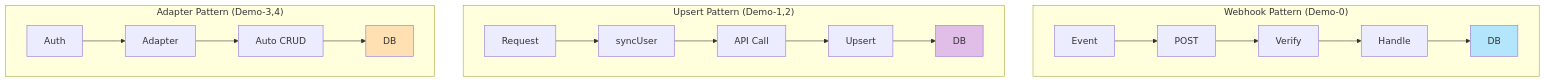
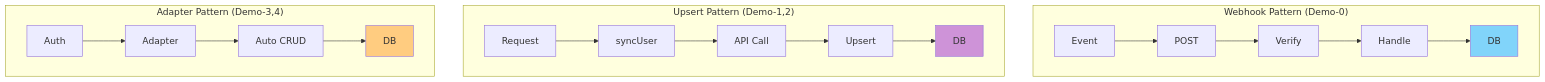
Before and after one commit to inskillflow/auths-1-NEXTJS-introduction: diagram 28 of 39 in 02-DIAGRAMMES_ARCHITECTURES.md, drawn with Mermaid. The commit also changed other lines of this file, not shown here.

````diff
--- a/02-DIAGRAMMES_ARCHITECTURES.md
+++ b/02-DIAGRAMMES_ARCHITECTURES.md
@@ -938,26 +938,26 @@
 ```mermaid
 graph TB
     subgraph "Webhook Pattern (Demo-0)"
         W1[Event] --> W2[POST]
         W2 --> W3[Verify]
         W3 --> W4[Handle]
         W4 --> W5[DB]
     end
     
     subgraph "Upsert Pattern (Demo-1,2)"
         U1[Request] --> U2[syncUser]
         U2 --> U3[API Call]
         U3 --> U4[Upsert]
         U4 --> U5[DB]
     end
     
     subgraph "Adapter Pattern (Demo-3,4)"
         A1[Auth] --> A2[Adapter]
         A2 --> A3[Auto CRUD]
         A3 --> A4[DB]
     end
     
-    style W5 fill:#b3e5fc
-    style U5 fill:#e1bee7
-    style A4 fill:#ffe0b2
+    style W5 fill:#81d4fa
+    style U5 fill:#ce93d8
+    style A4 fill:#ffcc80
 ```
````
